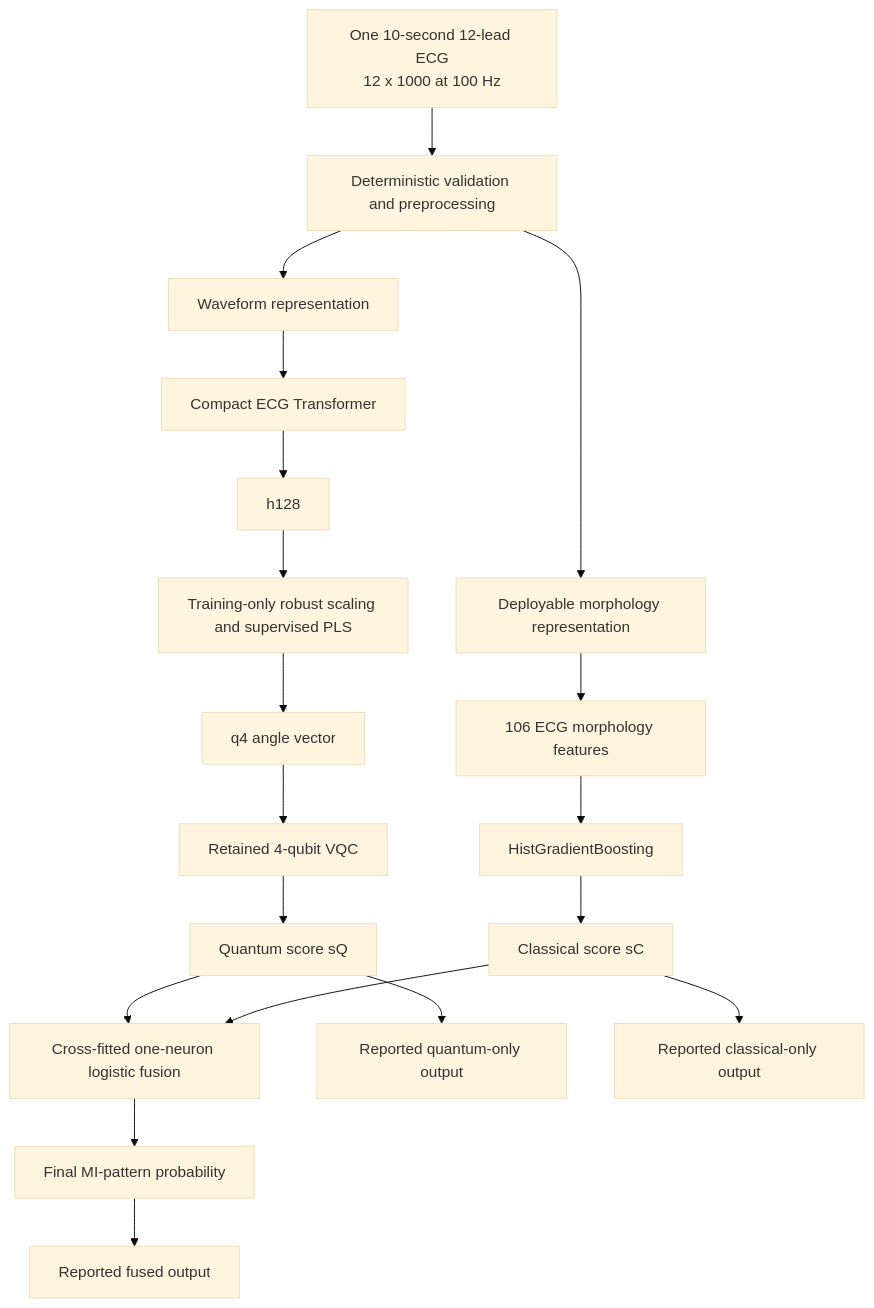
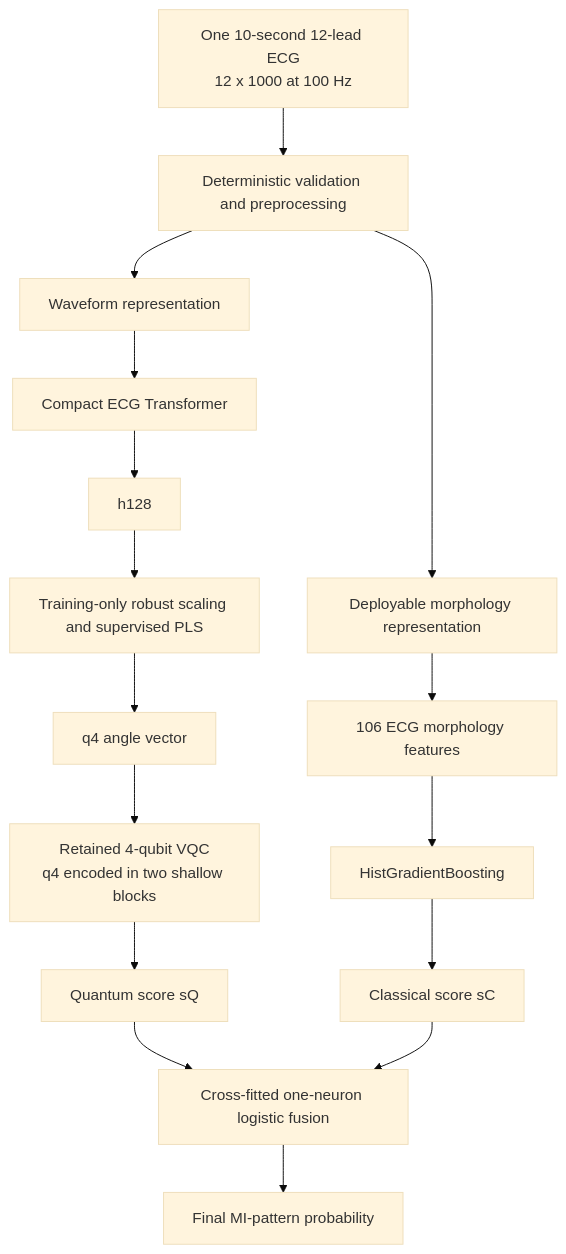
One commit to GaneshJamadar369/Quantum-ML-hybrid changed the diagram in docs/final_parallel_dual_route_plan_2026-09-27.md. Above: the diagram before and after it, drawn with Mermaid (base theme). The commit also changed other lines of this file and 1 other file, not shown here.

Commit message:
Clarify retained q4 encoding and production output

````diff
--- a/docs/final_parallel_dual_route_plan_2026-09-27.md
+++ b/docs/final_parallel_dual_route_plan_2026-09-27.md
@@ -13,25 +13,22 @@
 ```mermaid
 flowchart TD
     A[One 10-second 12-lead ECG<br/>12 x 1000 at 100 Hz] --> B[Deterministic validation and preprocessing]
     B --> Q0[Waveform representation]
     B --> C0[Deployable morphology representation]
 
     Q0 --> Q1[Compact ECG Transformer]
     Q1 --> Q2[h128]
     Q2 --> Q3[Training-only robust scaling and supervised PLS]
     Q3 --> Q4[q4 angle vector]
-    Q4 --> Q5[Retained 4-qubit VQC]
+    Q4 --> Q5[Retained 4-qubit VQC<br/>q4 encoded in two shallow blocks]
     Q5 --> SQ[Quantum score sQ]
 
     C0 --> C1[106 ECG morphology features]
     C1 --> C2[HistGradientBoosting]
     C2 --> SC[Classical score sC]
 
     SQ --> F[Cross-fitted one-neuron logistic fusion]
     SC --> F
     F --> P[Final MI-pattern probability]
 
-    SQ --> OQ[Reported quantum-only output]
-    SC --> OC[Reported classical-only output]
-    P --> OF[Reported fused output]
 ```
````
